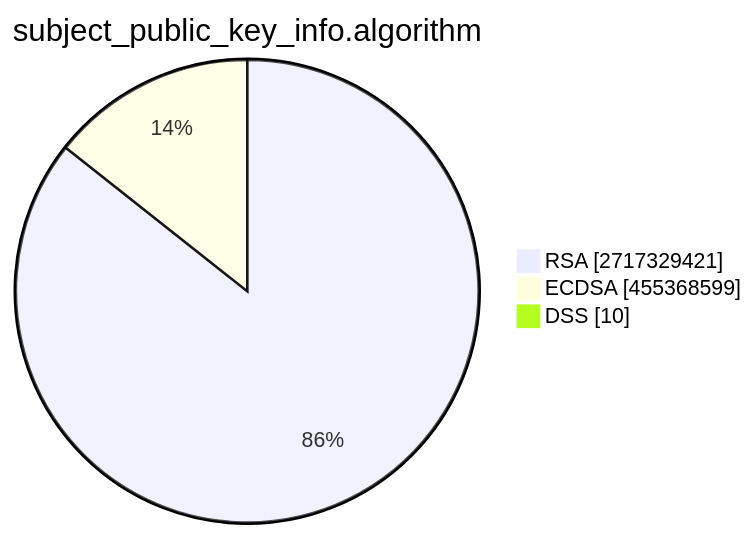
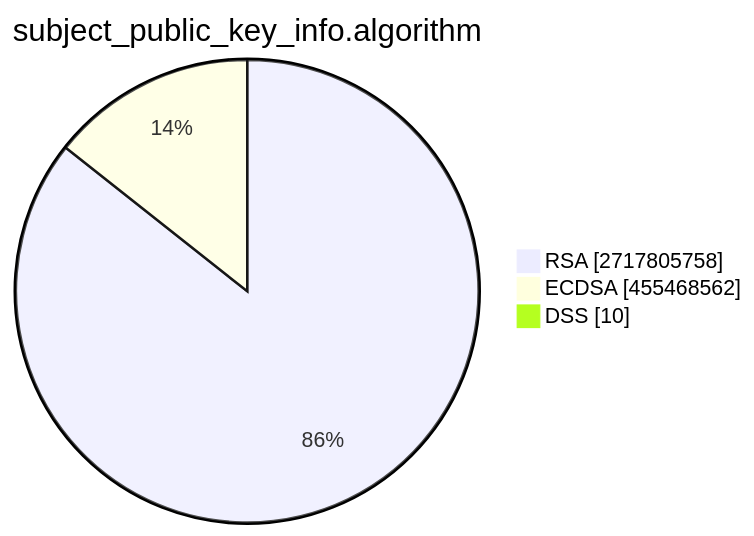
One commit to christiankrug/ctmonitor_visualization changed the second of 15 diagrams in TOTAL/README.md. Above: the diagram before and after it, drawn with Mermaid. The commit also changed other lines of this file, not shown here.

````diff
--- a/TOTAL/README.md
+++ b/TOTAL/README.md
@@ -6,7 +6,7 @@
 ```mermaid
 pie showData
 title subject_public_key_info.algorithm
-"RSA" :2717329421
-"ECDSA" :455368599
+"RSA" :2717805758
+"ECDSA" :455468562
 "DSS" :10
 ```
````
